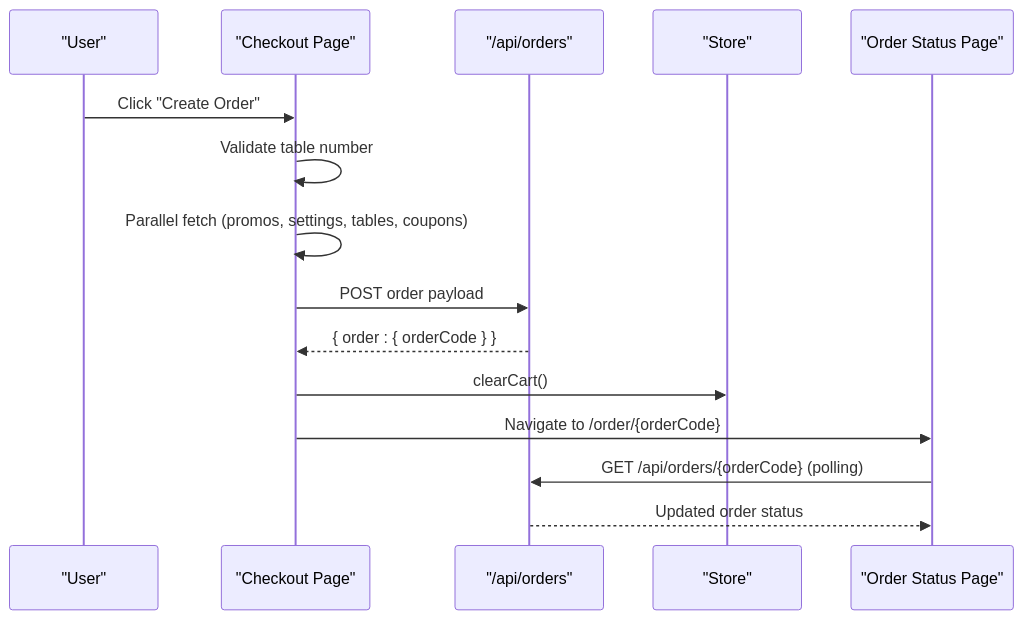
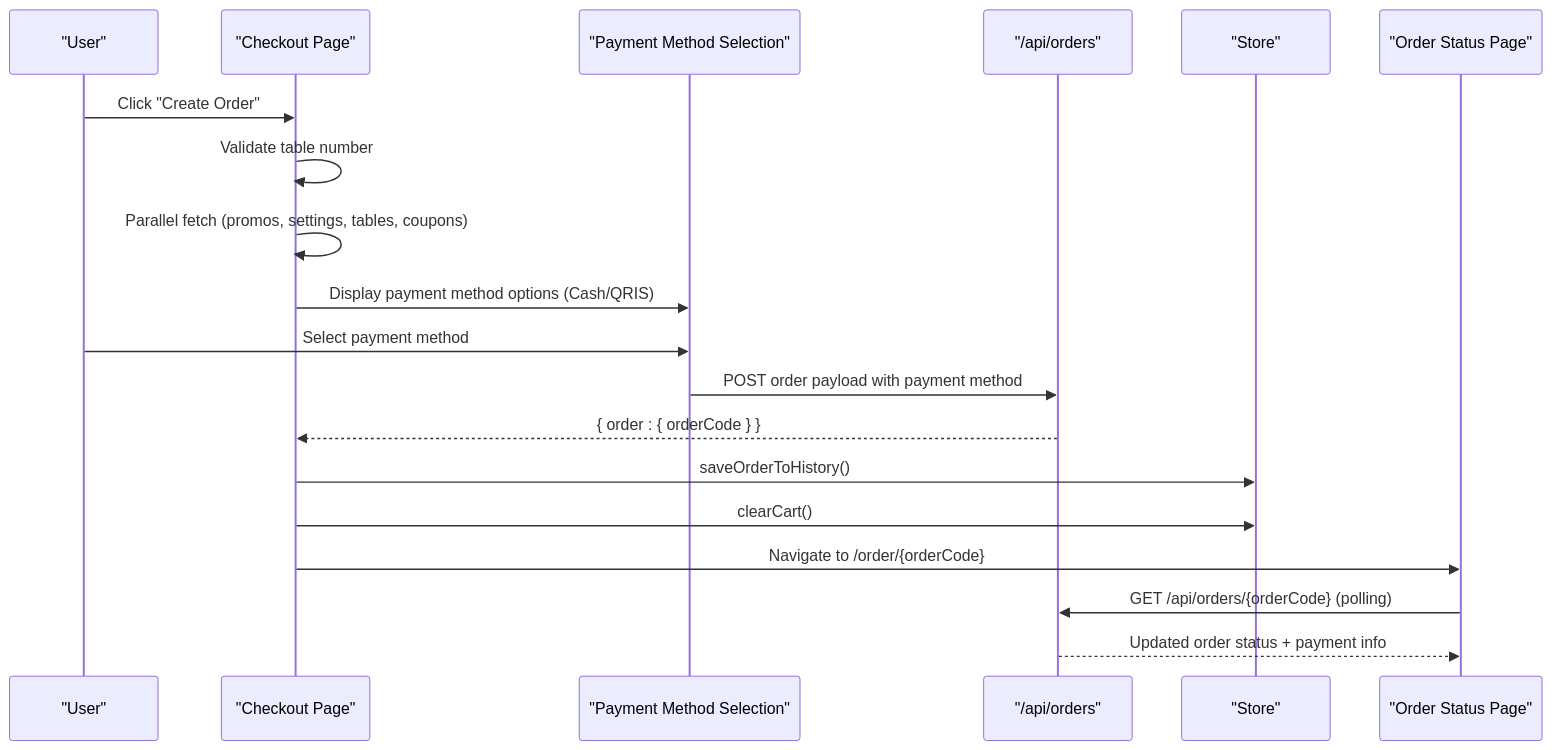
Before and after one commit to Ice-Nao-Eevee/Tera_Work: the eighth of 11 diagrams in .qoder/repowiki/en/content/Core Features/Cart & Ordering System.md, drawn with Mermaid. The commit also changed other lines of this file and 55 other files, not shown here.

````diff
--- a/.qoder/repowiki/en/content/Core Features/Cart & Ordering System.md
+++ b/.qoder/repowiki/en/content/Core Features/Cart & Ordering System.md
@@ -291,17 +350,21 @@
 ```mermaid
 sequenceDiagram
 participant User as "User"
 participant CheckoutPage as "Checkout Page"
+participant PaymentSelection as "Payment Method Selection"
 participant OrdersAPI as "/api/orders"
 participant Store as "Store"
 participant OrderStatusPage as "Order Status Page"
 User->>CheckoutPage : Click "Create Order"
 CheckoutPage->>CheckoutPage : Validate table number
 CheckoutPage->>CheckoutPage : Parallel fetch (promos, settings, tables, coupons)
-CheckoutPage->>OrdersAPI : POST order payload
+CheckoutPage->>PaymentSelection : Display payment method options (Cash/QRIS)
+User->>PaymentSelection : Select payment method
+PaymentSelection->>OrdersAPI : POST order payload with payment method
 OrdersAPI-->>CheckoutPage : { order : { orderCode } }
+CheckoutPage->>Store : saveOrderToHistory()
 CheckoutPage->>Store : clearCart()
 CheckoutPage->>OrderStatusPage : Navigate to /order/{orderCode}
 OrderStatusPage->>OrdersAPI : GET /api/orders/{orderCode} (polling)
-OrdersAPI-->>OrderStatusPage : Updated order status
+OrdersAPI-->>OrderStatusPage : Updated order status + payment info
 ```
````
